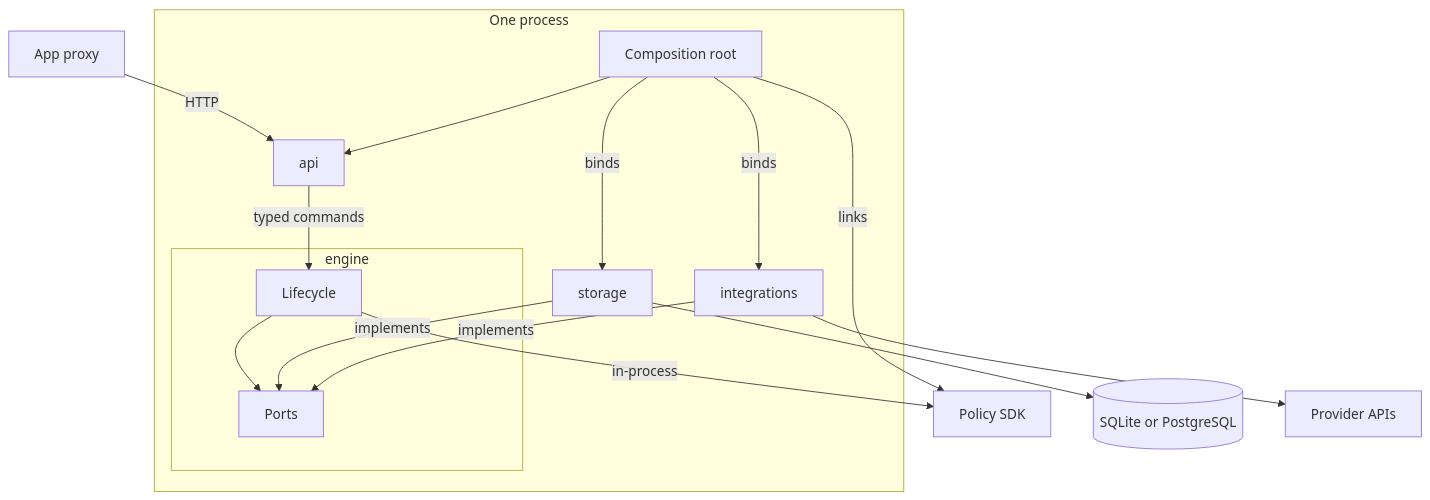
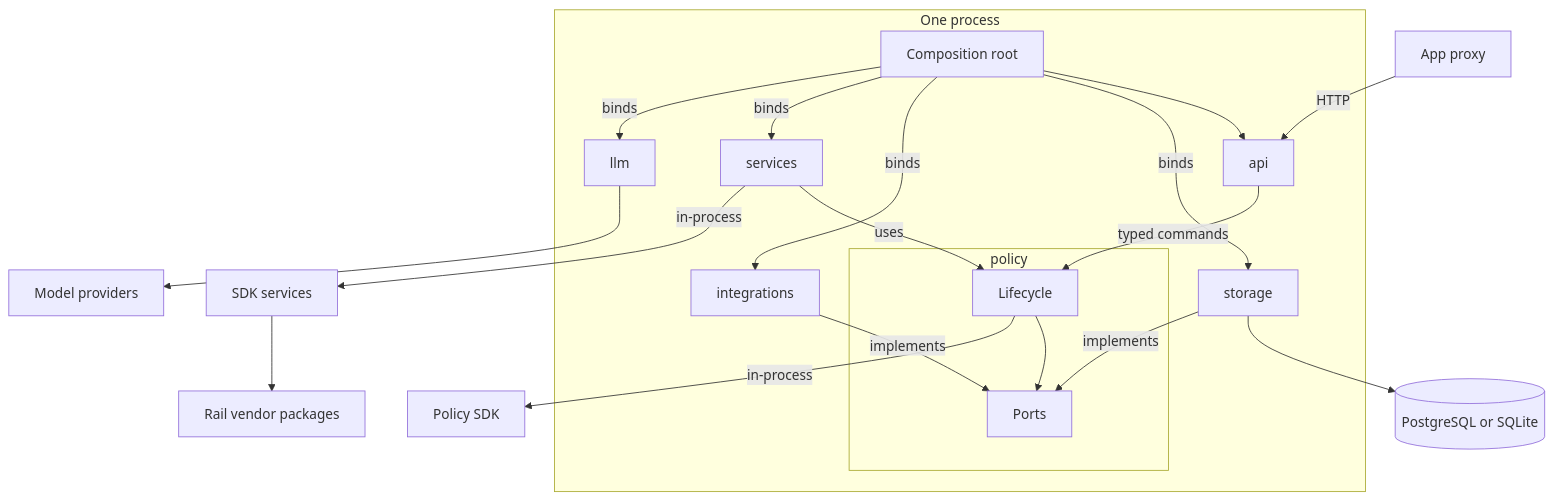
One commit to AllowIt-hq/Colosseum changed the second of 4 diagrams in docs/architecture.md. Above: the diagram before and after it, drawn with Mermaid. The commit also changed other lines of this file and 2 other files, not shown here.

First line of the commit message:
Align architecture docs with portable policy design

````diff
--- a/docs/architecture.md
+++ b/docs/architecture.md
@@ -33,25 +48,31 @@
 ```mermaid
 flowchart TB
     subgraph Server[One process]
         Root[Composition root]
         API[api]
-        subgraph Engine[engine]
+        subgraph Policy[policy]
             Core[Lifecycle]
             Ports[Ports]
         end
+        Svc[services]
         Store[storage]
         IO[integrations]
+        LLM[llm]
     end
     Proxy[App proxy] -->|HTTP| API
     Root --> API
     Root -->|binds| Store
     Root -->|binds| IO
-    Root -->|links| SDK[Policy SDK]
+    Root -->|binds| Svc
+    Root -->|binds| LLM
     API -->|typed commands| Core
     Core --> Ports
     Store -->|implements| Ports
     IO -->|implements| Ports
-    Core -->|in-process| SDK
-    Store --> DB[(SQLite or PostgreSQL)]
-    IO --> Ext[Provider APIs]
+    Svc -->|uses| Core
+    Core -->|in-process| SDK[Policy SDK]
+    Svc -->|in-process| Facade[SDK services]
+    Facade --> Vendors[Rail vendor packages]
+    Store --> DB[(PostgreSQL or SQLite)]
+    LLM --> Models[Model providers]
 ```
````
